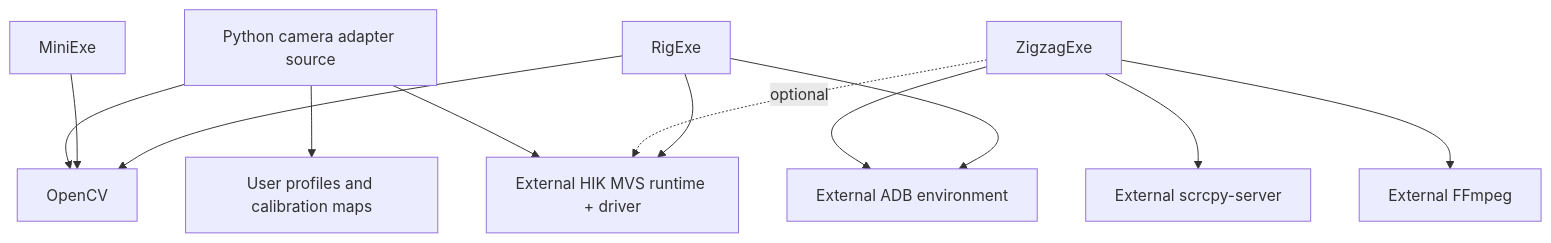
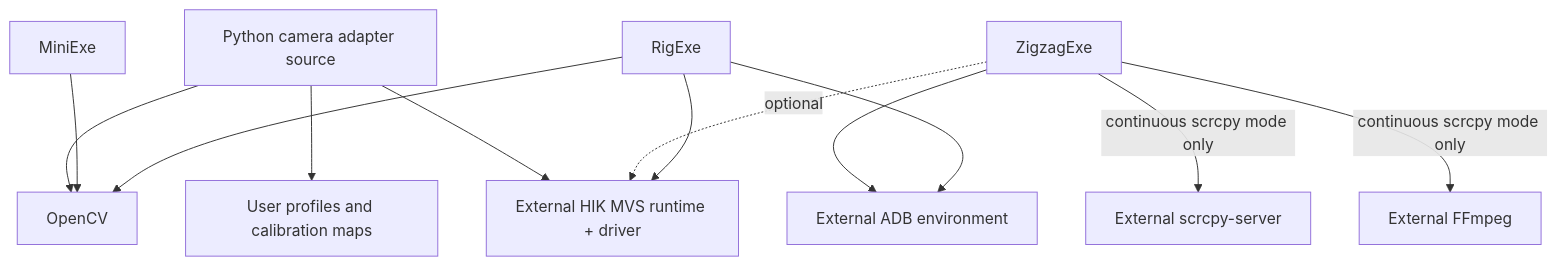
One commit to poi890poi/aria-trace changed the fourth of 4 diagrams in docs/standalone-release/ARCHITECTURE.md. Above: the diagram before and after it, drawn with Mermaid. The commit also changed 11 other files, not shown here.

````diff
--- a/docs/standalone-release/ARCHITECTURE.md
+++ b/docs/standalone-release/ARCHITECTURE.md
@@ -98,14 +98,14 @@
 ```mermaid
 flowchart TD
     RigExe --> OpenCV
     RigExe --> MVS[External HIK MVS runtime + driver]
     RigExe --> ADB[External ADB environment]
     ZigzagExe --> ADB
-    ZigzagExe --> Scrcpy[External scrcpy-server]
-    ZigzagExe --> FFmpeg[External FFmpeg]
+    ZigzagExe -->|continuous scrcpy mode only| Scrcpy[External scrcpy-server]
+    ZigzagExe -->|continuous scrcpy mode only| FFmpeg[External FFmpeg]
     ZigzagExe -. optional .-> MVS
     MiniExe --> OpenCV
     AdapterSource[Python camera adapter source] --> OpenCV
     AdapterSource --> MVS
     AdapterSource --> Profiles[User profiles and calibration maps]
 ```
````
